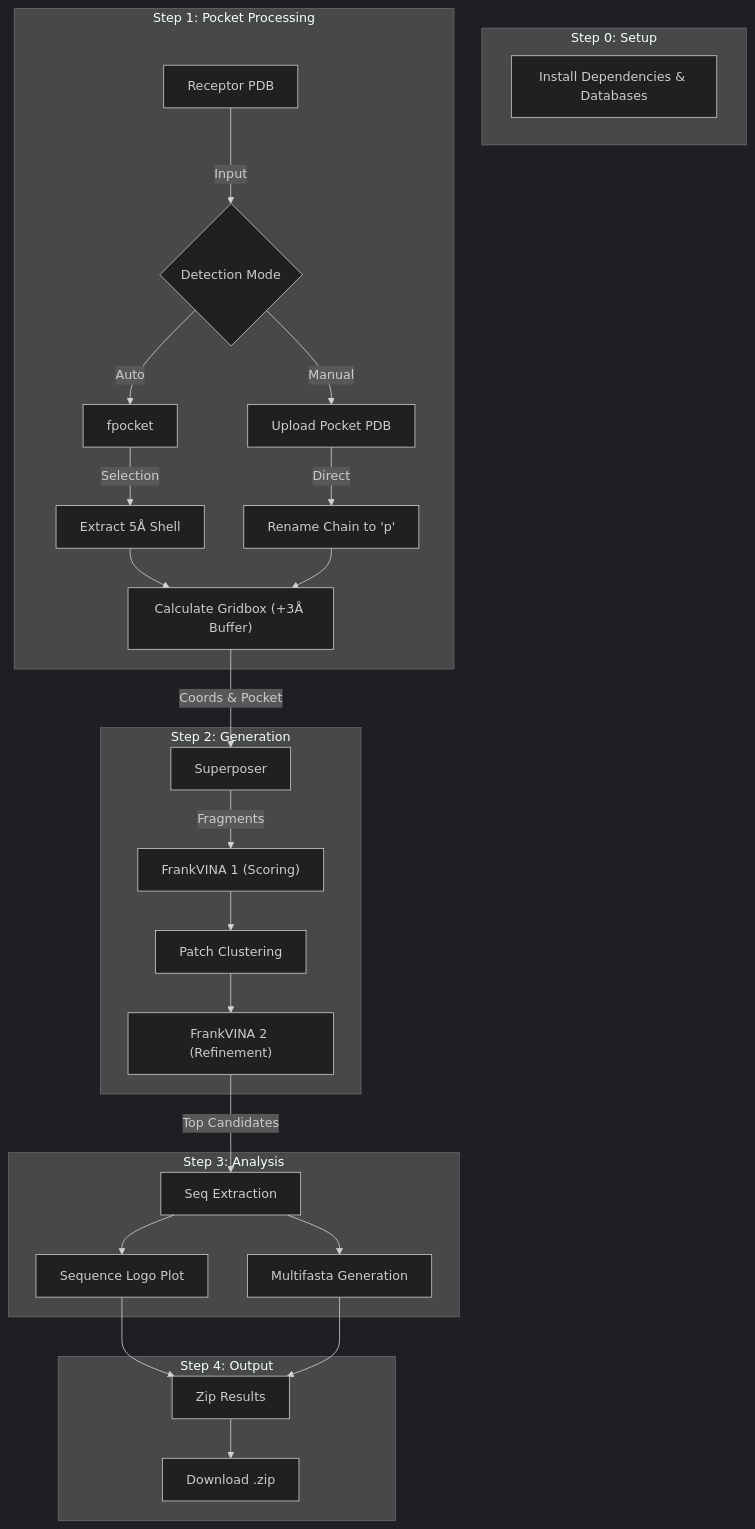
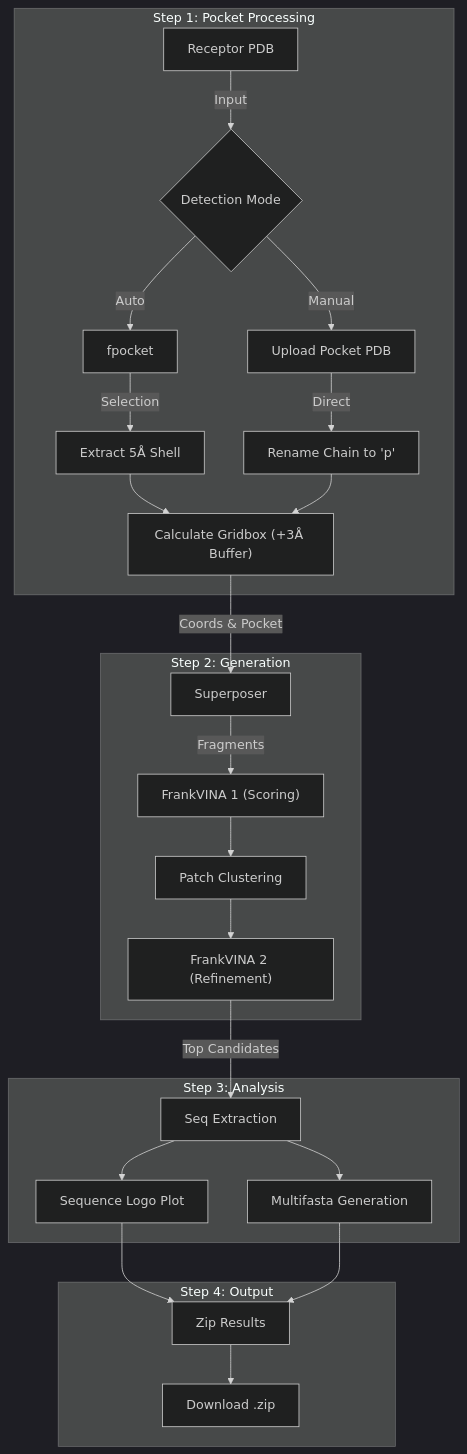
The diagram in README.md (Joacaldog/FrankPEPstein), drawn with Mermaid (dark theme) before and after one commit.

Commit message:
readme_update

````diff
--- a/README.md
+++ b/README.md
@@ -9,35 +9,31 @@
 ```mermaid
 graph TD
-    subgraph Step 0: Setup
-    Setup[Install Dependencies & Databases]
-    end
-
     subgraph Step 1: Pocket Processing
     Rec["Receptor PDB"] -->|Input| Detect{"Detection Mode"}
     Detect -->|Auto| Fpocket["fpocket"]
     Detect -->|Manual| Upload["Upload Pocket PDB"]
     Fpocket -->|Selection| Extract["Extract 5Å Shell"]
     Upload -->|Direct| Clean["Rename Chain to 'p'"]
     Extract --> Gridbox["Calculate Gridbox (+3Å Buffer)"]
     Clean --> Gridbox
     end
 
     subgraph Step 2: Generation
     Gridbox -->|"Coords & Pocket"| Super["Superposer"]
     Super -->|Fragments| Vina1["FrankVINA 1 (Scoring)"]
     Vina1 --> Cluster["Patch Clustering"]
     Cluster --> Vina2["FrankVINA 2 (Refinement)"]
     end
 
     subgraph Step 3: Analysis
     Vina2 -->|"Top Candidates"| Seq["Seq Extraction"]
     Seq --> MSA["Multifasta Generation"]
     Seq --> Logo["Sequence Logo Plot"]
     end
 
     subgraph Step 4: Output
     Logo --> Zip["Zip Results"]
     MSA --> Zip
     Zip --> Download["Download .zip"]
     end
 ```
````
